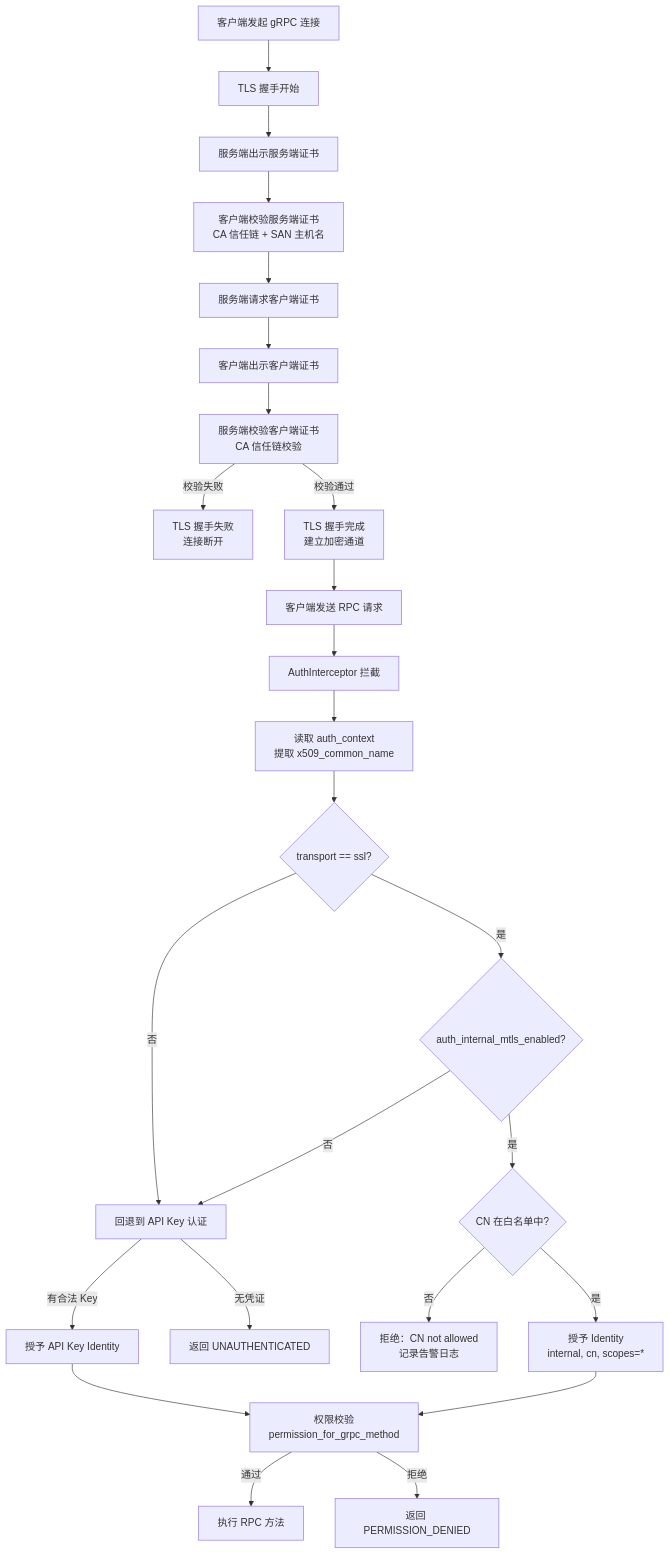
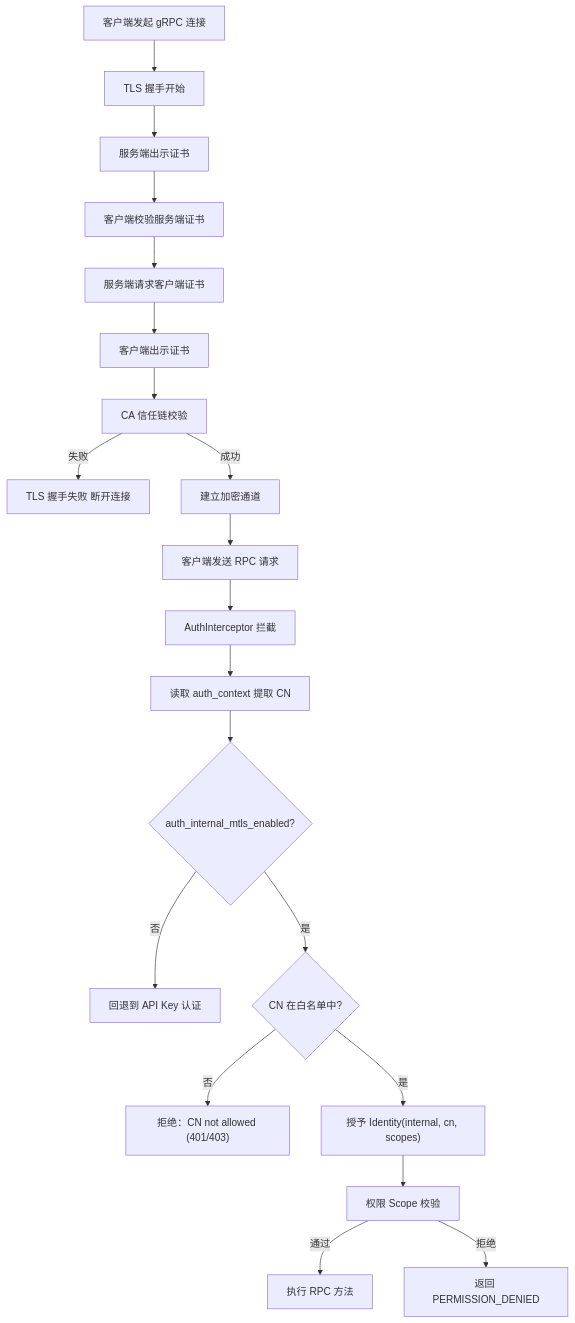
Before and after one commit to fengzhizi319/PrivShield: the second of 2 diagrams in docs/production_security/design.md, drawn with Mermaid. The commit also changed other lines of this file and 7 other files, not shown here.

````diff
--- a/docs/production_security/design.md
+++ b/docs/production_security/design.md
@@ -277,27 +216,22 @@
 ```mermaid
 graph TD
     A["客户端发起 gRPC 连接"] --> B["TLS 握手开始"]
-    B --> C["服务端出示服务端证书"]
-    C --> D["客户端校验服务端证书<br/>CA 信任链 + SAN 主机名"]
+    B --> C["服务端出示证书"]
+    C --> D["客户端校验服务端证书"]
     D --> E["服务端请求客户端证书"]
-    E --> F["客户端出示客户端证书"]
-    F --> G["服务端校验客户端证书<br/>CA 信任链校验"]
-    G -->|校验失败| H["TLS 握手失败<br/>连接断开"]
-    G -->|校验通过| I["TLS 握手完成<br/>建立加密通道"]
+    E --> F["客户端出示证书"]
+    F --> G["CA 信任链校验"]
+    G -->|失败| H["TLS 握手失败 断开连接"]
+    G -->|成功| I["建立加密通道"]
     I --> J["客户端发送 RPC 请求"]
     J --> K["AuthInterceptor 拦截"]
-    K --> L["读取 auth_context<br/>提取 x509_common_name"]
-    L --> M{"transport == ssl?"}
+    K --> L["读取 auth_context 提取 CN"]
+    L --> M{"auth_internal_mtls_enabled?"}
     M -->|否| N["回退到 API Key 认证"]
-    M -->|是| O{"auth_internal_mtls_enabled?"}
-    O -->|否| N
-    O -->|是| P{"CN 在白名单中?"}
-    P -->|否| Q["拒绝：CN not allowed<br/>记录告警日志"]
-    P -->|是| R["授予 Identity<br/>internal, cn, scopes=*"]
-    R --> S["权限校验<br/>permission_for_grpc_method"]
+    M -->|是| P{"CN 在白名单中?"}
+    P -->|否| Q["拒绝：CN not allowed (401/403)"]
+    P -->|是| R["授予 Identity(internal, cn, scopes)"]
+    R --> S["权限 Scope 校验"]
     S -->|通过| T["执行 RPC 方法"]
     S -->|拒绝| U["返回 PERMISSION_DENIED"]
-    N -->|有合法 Key| V["授予 API Key Identity"]
-    N -->|无凭证| W["返回 UNAUTHENTICATED"]
-    V --> S
 ```
````
